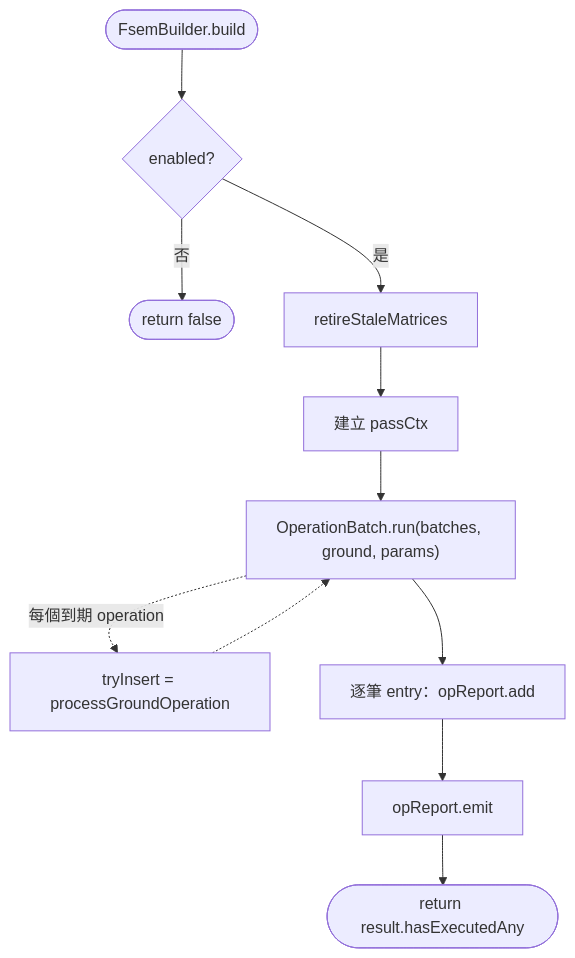
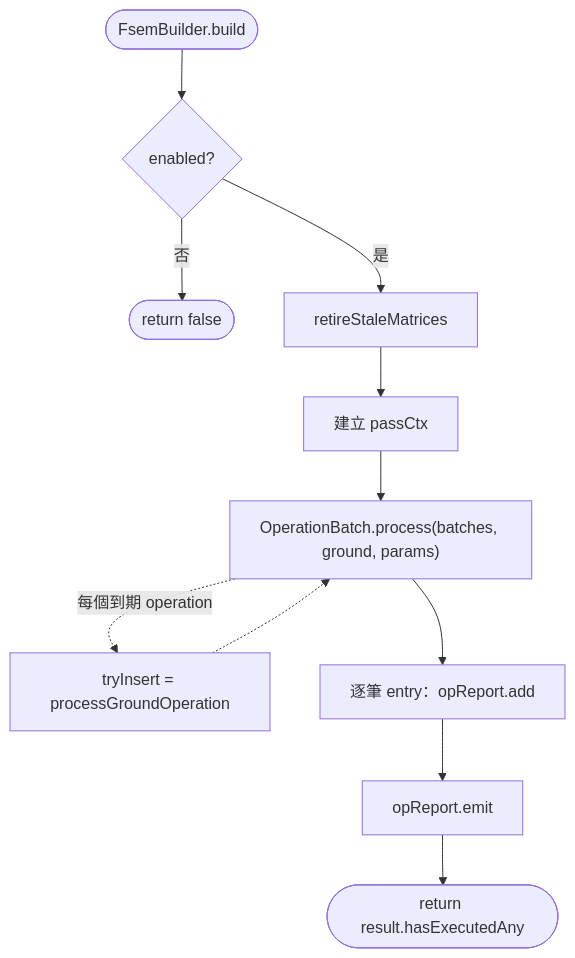
Before and after one commit to pullupjumper/formosa-in-flames: the diagram in docs/strikePlanner/fsemBuilder.md, drawn with Mermaid. The commit also changed other lines of this file and 37 other files, not shown here.

````diff
--- a/docs/strikePlanner/fsemBuilder.md
+++ b/docs/strikePlanner/fsemBuilder.md
@@ -23,19 +23,19 @@
 ```mermaid
 flowchart TD
     ENTRY(["FsemBuilder.build"])
     ENABLED{"enabled?"}
     OFF(["return false"])
     RETIRE["retireStaleMatrices"]
     SEED["建立 passCtx"]
-    RUN["OperationBatch.run(batches, ground, params)"]
+    RUN["OperationBatch.process(batches, ground, params)"]
     TRY["tryInsert = processGroundOperation"]
     ENTRIES["逐筆 entry：opReport.add"]
     EMIT["opReport.emit"]
     DONE(["return result.hasExecutedAny"])
 
     ENTRY --> ENABLED
     ENABLED -->|否| OFF
     ENABLED -->|是| RETIRE --> SEED --> RUN
     RUN -.->|每個到期 operation| TRY -.-> RUN
     RUN --> ENTRIES --> EMIT --> DONE
 ```
````
